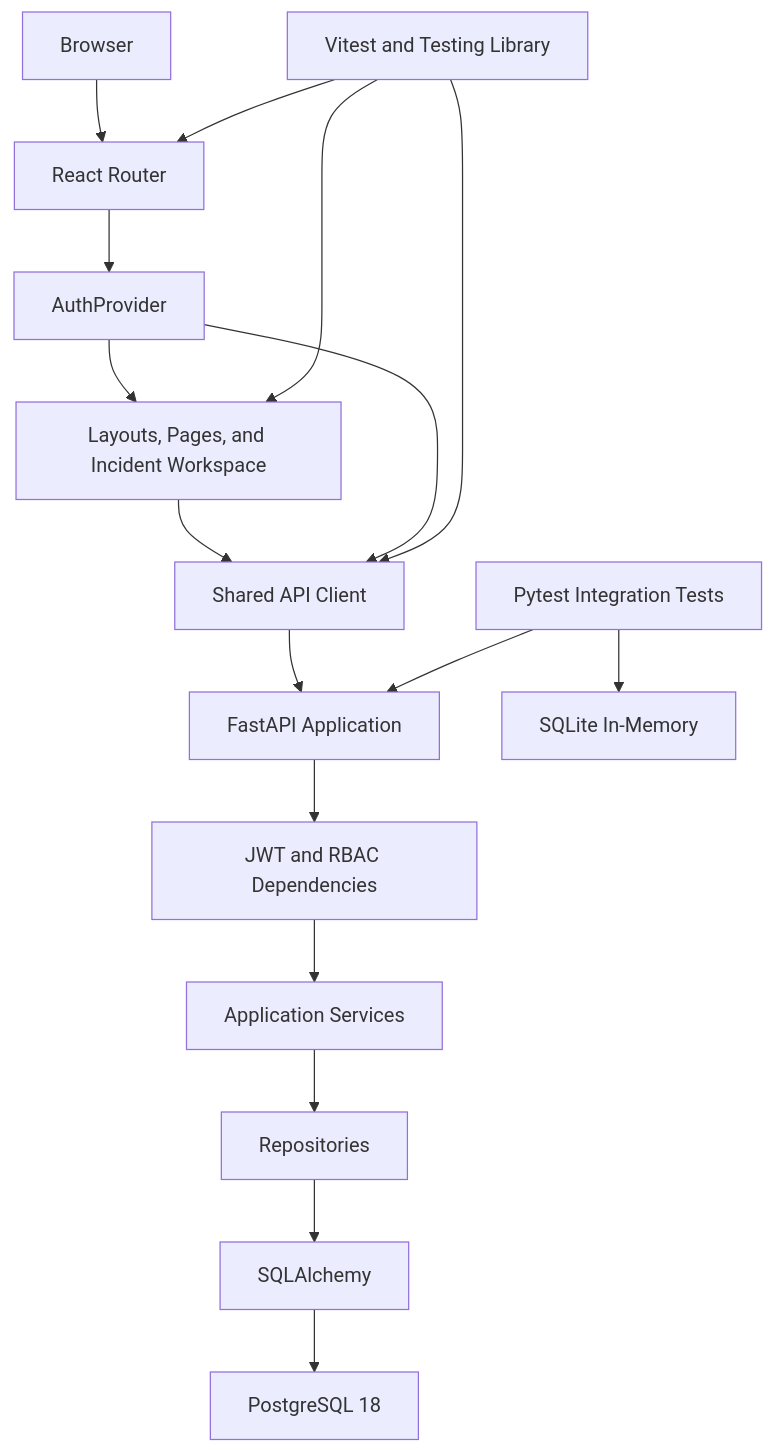
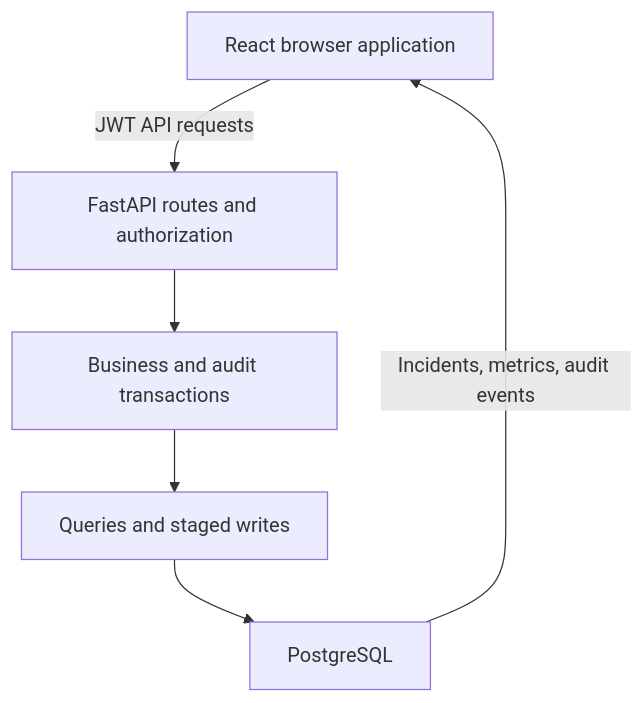
Before and after one commit to AJooujee/Software_Engineering_Career_Projects: the first of 3 diagrams in cloud-deployed-full-stack-system/docs/architecture.md, drawn with Mermaid. The commit also changed other lines of this file and 34 other files, not shown here.

Commit message:
feat(cloud): add dashboard metrics filters and audit history

````diff
--- a/cloud-deployed-full-stack-system/docs/architecture.md
+++ b/cloud-deployed-full-stack-system/docs/architecture.md
@@ -13,34 +13,14 @@
 ```mermaid
 flowchart TD
-    Browser["Browser"]
-    Router["React Router"]
-    Auth["AuthProvider"]
-    UI["Layouts, Pages, and Incident Workspace"]
-    Client["Shared API Client"]
-    API["FastAPI Application"]
-    Security["JWT and RBAC Dependencies"]
-    Services["Application Services"]
-    Repositories["Repositories"]
-    ORM["SQLAlchemy"]
-    PostgreSQL["PostgreSQL 18"]
-    FrontendTests["Vitest and Testing Library"]
-    BackendTests["Pytest Integration Tests"]
-    SQLite["SQLite In-Memory"]
+    Browser["React browser application"]
+    API["FastAPI routes and authorization"]
+    Services["Business and audit transactions"]
+    Repositories["Queries and staged writes"]
+    Database["PostgreSQL"]
 
-    Browser --> Router
-    Router --> Auth
-    Auth --> UI
-    UI --> Client
-    Auth --> Client
-    Client --> API
-    API --> Security
-    Security --> Services
+    Browser -->|JWT API requests| API
+    API --> Services
     Services --> Repositories
-    Repositories --> ORM
-    ORM --> PostgreSQL
-    FrontendTests --> Router
-    FrontendTests --> UI
-    FrontendTests --> Client
-    BackendTests --> API
-    BackendTests --> SQLite
+    Repositories --> Database
+    Database -->|Incidents, metrics, audit events| Browser
 ```
````
